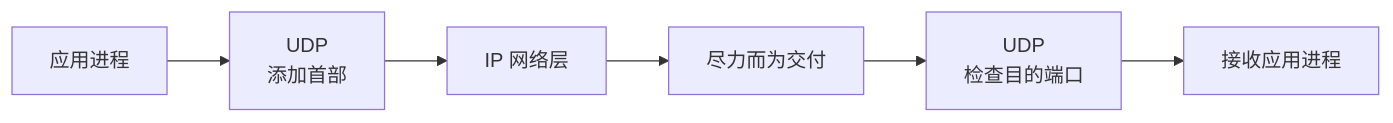
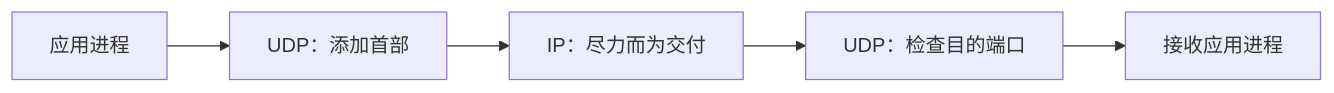
Before and after one commit to Meer-Matze/Meer-Matze.github.io: the sixth of 28 diagrams in src/content/posts/运输层.md, drawn with Mermaid. The commit also changed other lines of this file and 1 other file, not shown here.

````diff
--- a/src/content/posts/运输层.md
+++ b/src/content/posts/运输层.md
@@ -293,8 +235,5 @@
 ```mermaid
 flowchart LR
-    App["应用进程"] --> UDP["UDP<br/>添加首部"]
-    UDP --> IP["IP 网络层"]
-    IP --> Net["尽力而为交付"]
-    Net --> UDP2["UDP<br/>检查目的端口"]
-    UDP2 --> App2["接收应用进程"]
+    App["应用进程"] --> UDP["UDP：添加首部"] --> IP["IP：尽力而为交付"]
+    IP --> UDP2["UDP：检查目的端口"] --> App2["接收应用进程"]
 ```
````
